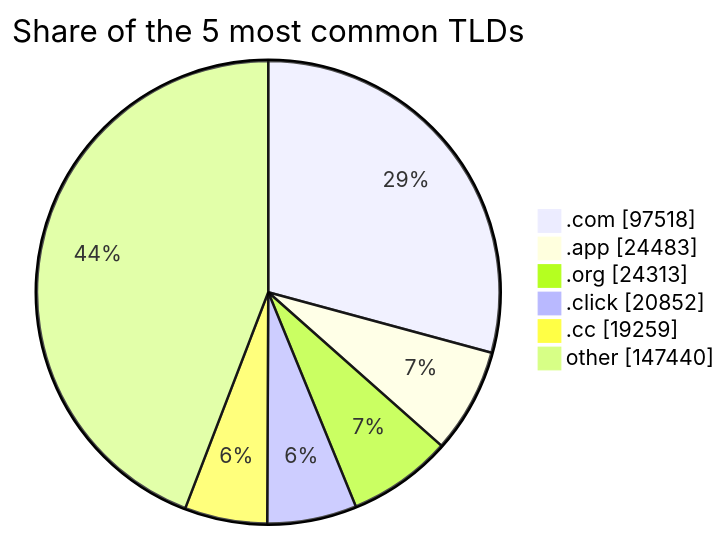
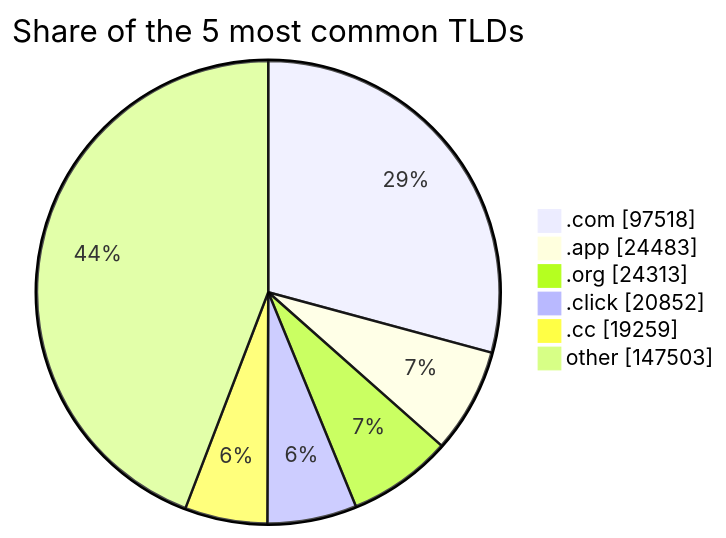
The third of 3 diagrams in README.md (DNSBunker/CTI), drawn with Mermaid before and after one commit. The commit also changed other lines of this file and 4 other files, not shown here.

````diff
--- a/README.md
+++ b/README.md
@@ -81,9 +81,9 @@
 ```mermaid
 pie showData title Share of the 5 most common TLDs
     ".com" : 97518
     ".app" : 24483
     ".org" : 24313
     ".click" : 20852
     ".cc" : 19259
-    "other" : 147440
+    "other" : 147503
 ```
````
